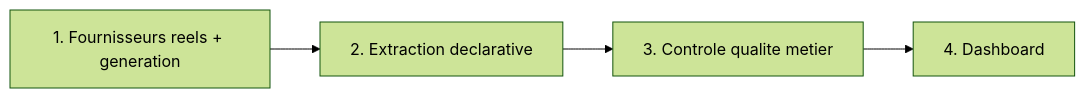
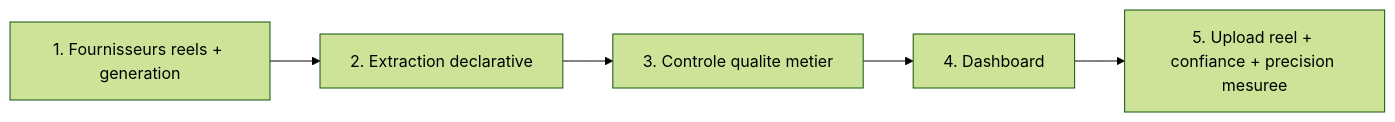
The diagram in PLAYBOOK.md (Kingdmfncr/extraction-documents-poc), drawn with Mermaid (forest theme) before and after one commit. The commit also changed other lines of this file, not shown here.

````diff
--- a/PLAYBOOK.md
+++ b/PLAYBOOK.md
@@ -26,6 +28,7 @@
 ```mermaid
 flowchart LR
     A[1. Fournisseurs reels + generation] --> B[2. Extraction declarative]
     B --> C[3. Controle qualite metier]
     C --> D[4. Dashboard]
+    D --> E[5. Upload reel + confiance + precision mesuree]
 ```
````
